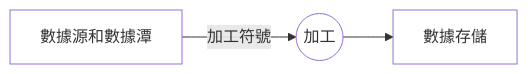
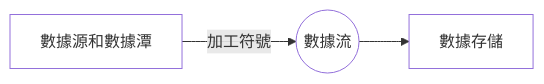
One commit to chchoiw/chchoiw.github.io changed the third of 4 diagrams in _posts/2022-07-04-02333-software_engineer.md. Above: the diagram before and after it, drawn with Mermaid.

````diff
--- a/_posts/2022-07-04-02333-software_engineer.md
+++ b/_posts/2022-07-04-02333-software_engineer.md
@@ -237,11 +237,11 @@
 ```mermaid
 graph LR
 id2[數據源和數據潭]
-id1((加工))
+id1((數據流))
 id3[數據存儲]
 id2--加工符號-->id1
 id1-->id3
 style id3 fill:#ffffff,stroke-width:1px 0 1px 0
 style id2 fill:#ffffff
 style id1 fill:#ffffff
 ```
````
